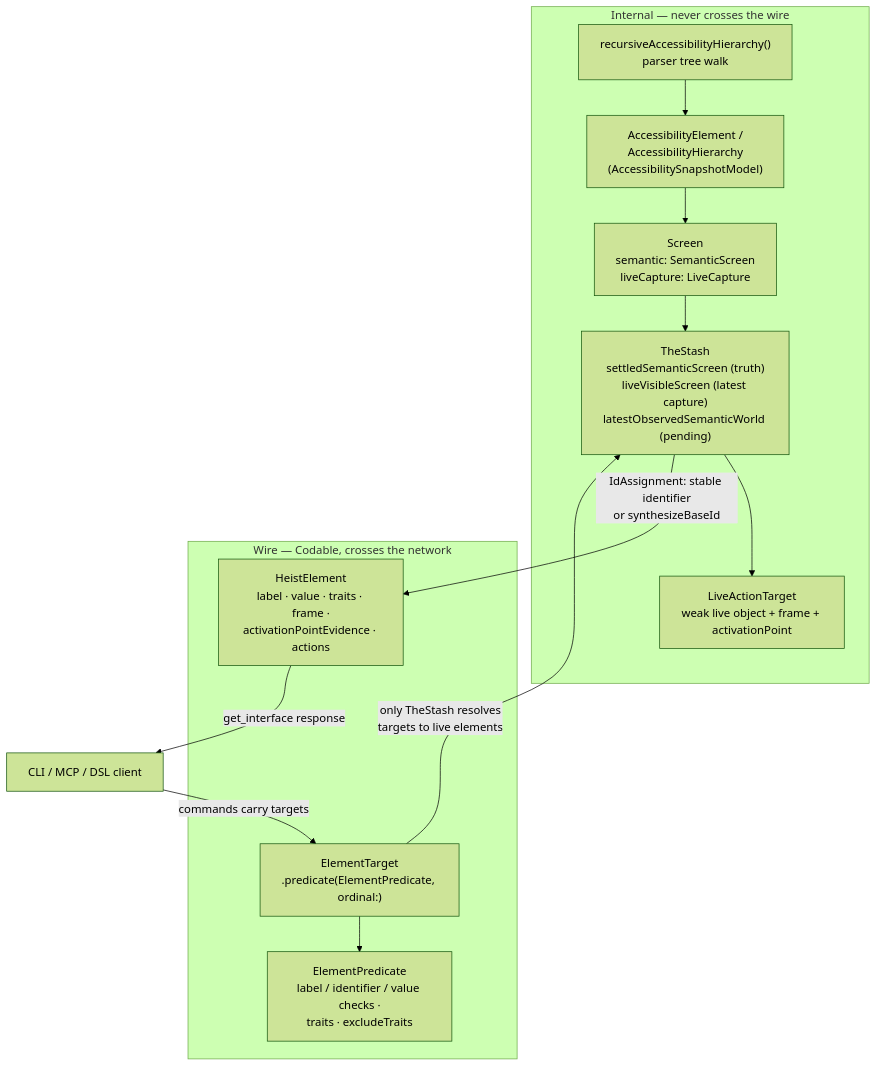
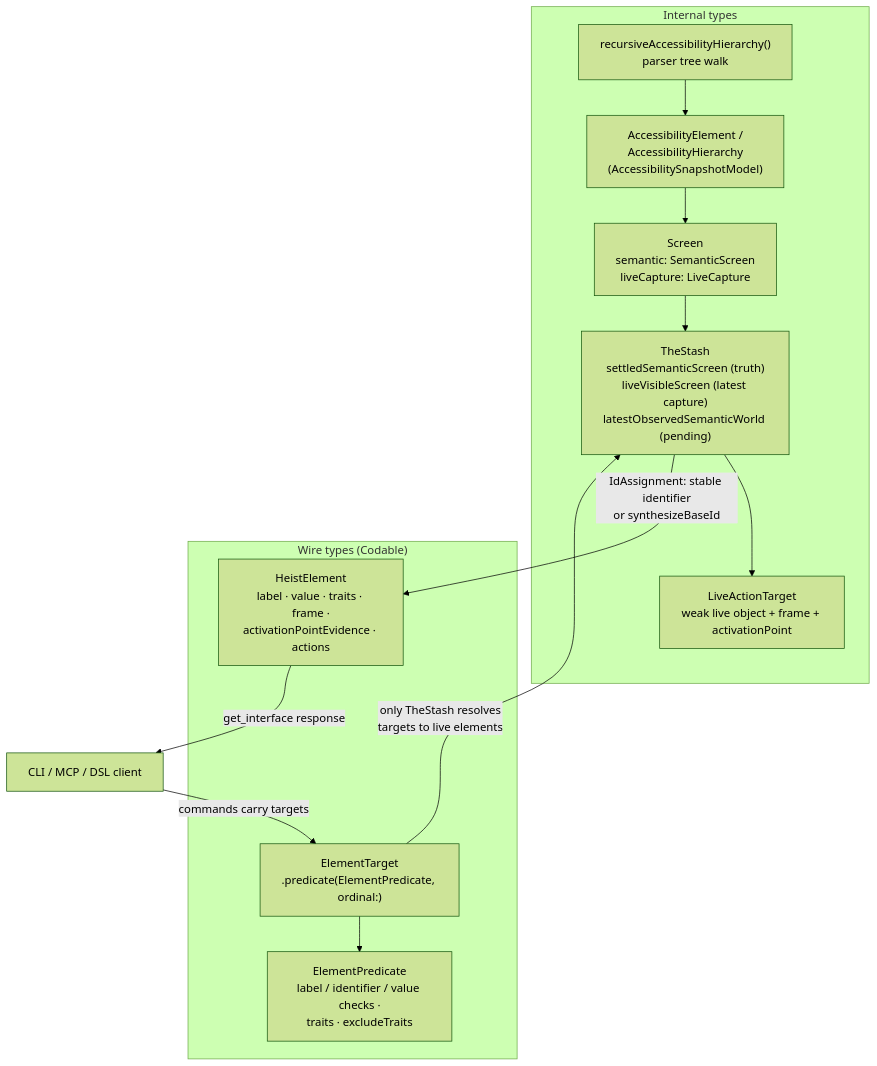
Before and after one commit to RoyalPineapple/TheButtonHeist: the diagram in docs/diagrams/currency-types.md, drawn with Mermaid (forest theme). The commit also changed 5 other files, not shown here.

First line of the commit message:
Polish diagram layouts after visual render review

````diff
--- a/docs/diagrams/currency-types.md
+++ b/docs/diagrams/currency-types.md
@@ -8,29 +8,29 @@
 ```mermaid
 flowchart TD
-    subgraph internal["Internal — never crosses the wire"]
+    subgraph internal["Internal types"]
         WALK["recursiveAccessibilityHierarchy()<br/>parser tree walk"]
         AXE["AccessibilityElement /<br/>AccessibilityHierarchy<br/>(AccessibilitySnapshotModel)"]
         SCREEN["Screen<br/>semantic: SemanticScreen<br/>liveCapture: LiveCapture"]
         STASH["TheStash<br/>settledSemanticScreen (truth)<br/>liveVisibleScreen (latest capture)<br/>latestObservedSemanticWorld (pending)"]
         LIVET["LiveActionTarget<br/>weak live object + frame + activationPoint"]
         WALK --> AXE
         AXE --> SCREEN
         SCREEN --> STASH
         STASH --> LIVET
     end
 
-    subgraph wireTypes["Wire — Codable, crosses the network"]
+    subgraph wireTypes["Wire types (Codable)"]
         HE["HeistElement<br/>label · value · traits · frame ·<br/>activationPointEvidence · actions"]
         ET["ElementTarget<br/>.predicate(ElementPredicate, ordinal:)"]
         EP["ElementPredicate<br/>label / identifier / value checks ·<br/>traits · excludeTraits"]
         HE ~~~ ET
         ET --> EP
     end
 
     CLIENT["CLI / MCP / DSL client"]
 
     STASH -- "IdAssignment: stable identifier<br/>or synthesizeBaseId" --> HE
     HE -- "get_interface response" --> CLIENT
     CLIENT -- "commands carry targets" --> ET
     ET -- "only TheStash resolves<br/>targets to live elements" --> STASH
 ```
````
